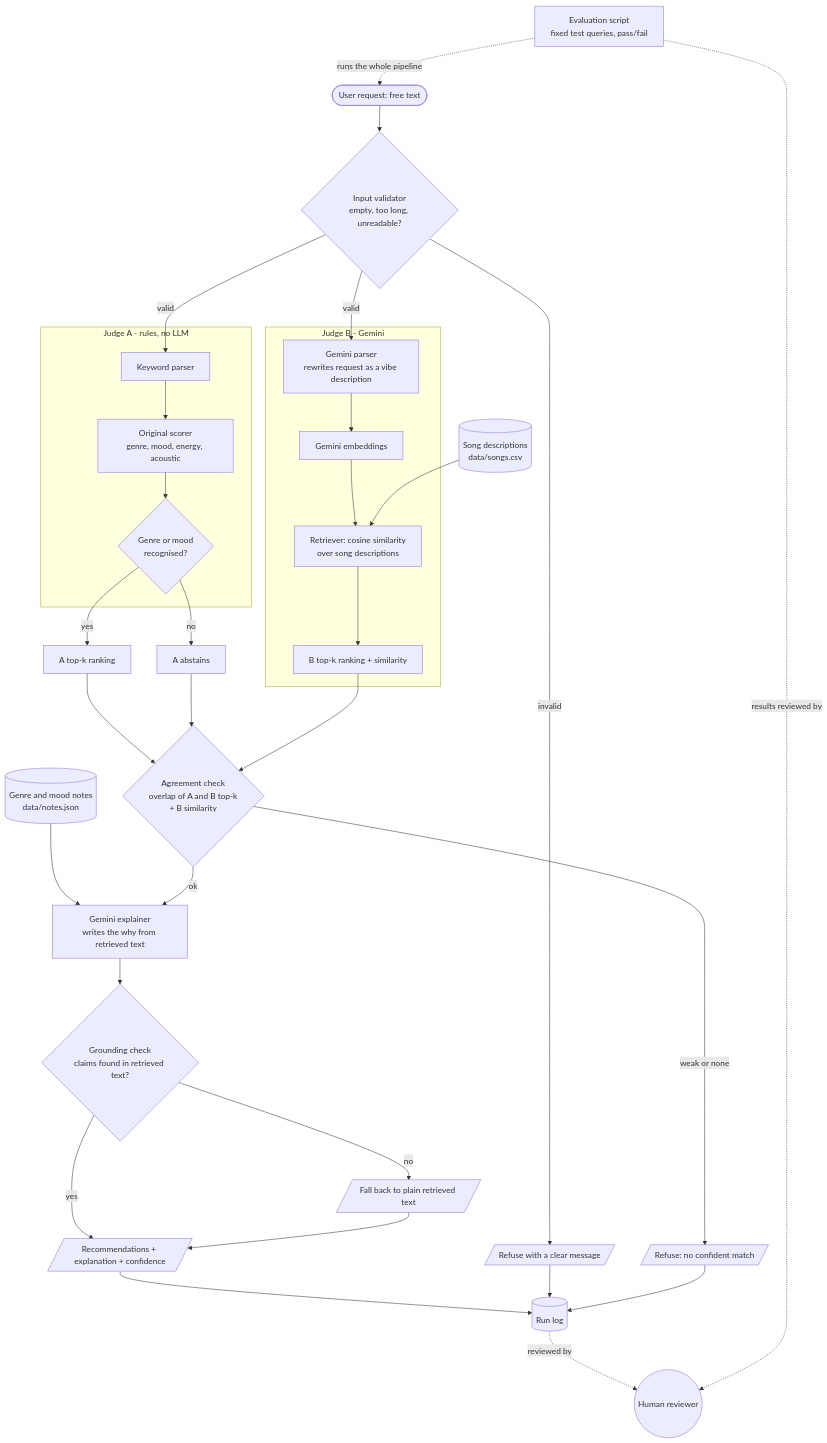
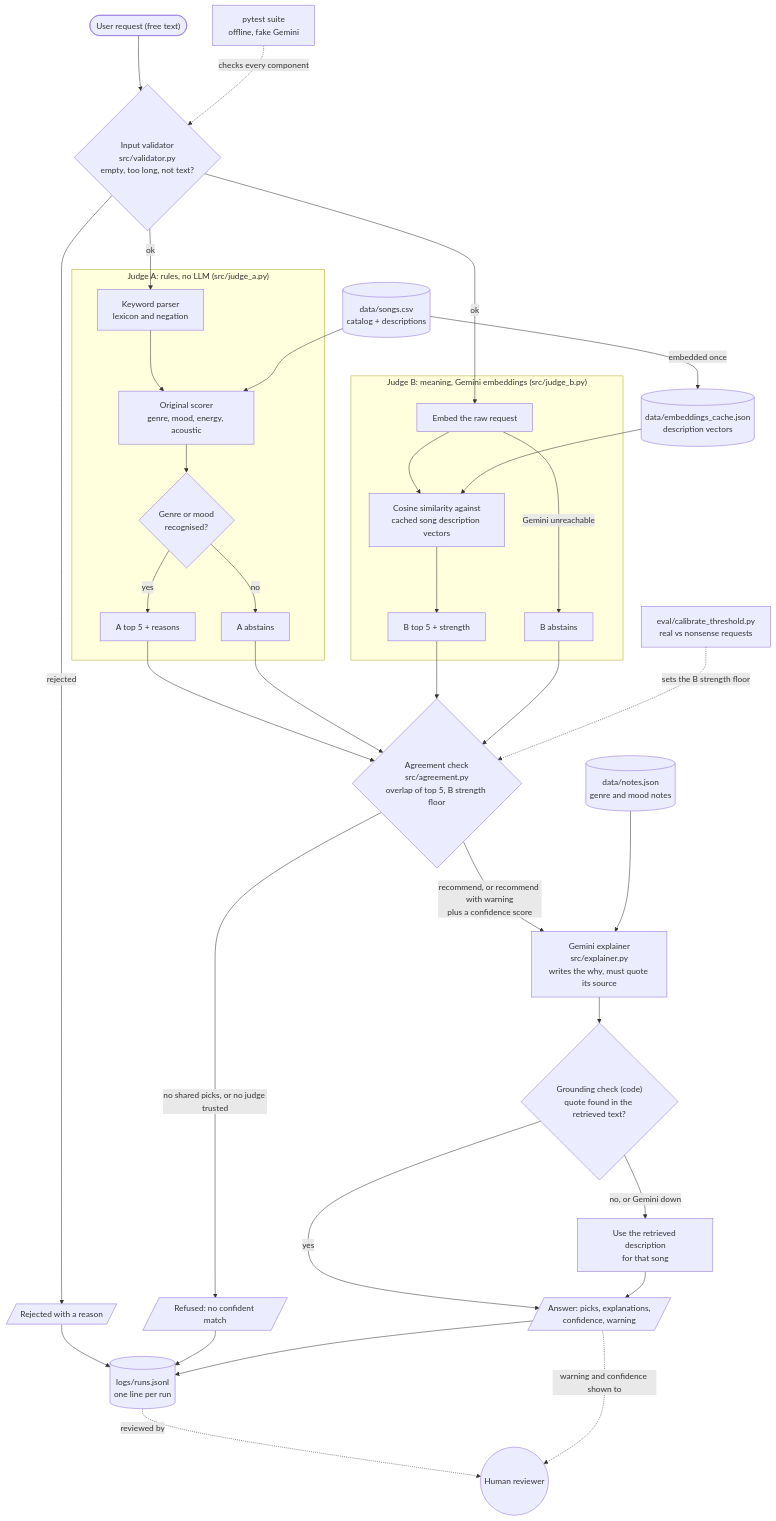
One commit to AnishBashyal/applied-ai-system-final changed the diagram in diagrams/architecture.mmd. Above: the diagram before and after it, drawn with Mermaid.

Commit message:
Update architecture diagram to match the implemented pipeline
Judge B embeds the raw request (no parser step), agreement rules and the per-song grounding fallback are shown as built, and the calibration script and test suite are included.

```diff
--- a/diagrams/architecture.mmd
+++ b/diagrams/architecture.mmd
@@ -1,39 +1,45 @@
 flowchart TD
-    U([User request: free text]) --> V{Input validator<br/>empty, too long, unreadable?}
-    V -- invalid --> R1[/Refuse with a clear message/]
-    V -- valid --> KP
-    V -- valid --> GP
+    U(["User request (free text)"]) --> V{"Input validator<br/>src/validator.py<br/>empty, too long, not text?"}
+    V -- rejected --> REJ[/"Rejected with a reason"/]
+    V -- ok --> KP
+    V -- ok --> EMB
 
-    subgraph JA [Judge A - rules, no LLM]
-        KP[Keyword parser] --> SC[Original scorer<br/>genre, mood, energy, acoustic]
-        SC --> AB{Genre or mood<br/>recognised?}
-    end
-    AB -- no --> ABS[A abstains]
-    AB -- yes --> RA[A top-k ranking]
-
-    subgraph JB [Judge B - Gemini]
-        GP[Gemini parser<br/>rewrites request as a vibe description] --> EM[Gemini embeddings]
-        EM --> RT[Retriever: cosine similarity<br/>over song descriptions]
-        RT --> RB[B top-k ranking + similarity]
+    subgraph JA ["Judge A: rules, no LLM (src/judge_a.py)"]
+        KP["Keyword parser<br/>lexicon and negation"] --> SC["Original scorer<br/>genre, mood, energy, acoustic"]
+        SC --> AQ{"Genre or mood<br/>recognised?"}
+        AQ -- no --> AABS["A abstains"]
+        AQ -- yes --> ARANK["A top 5 + reasons"]
     end
 
-    KB[(Song descriptions<br/>data/songs.csv)] --> RT
-    NT[(Genre and mood notes<br/>data/notes.json)] --> EX
+    subgraph JB ["Judge B: meaning, Gemini embeddings (src/judge_b.py)"]
+        EMB["Embed the raw request"] --> SIM["Cosine similarity against<br/>cached song description vectors"]
+        EMB -- "Gemini unreachable" --> BABS["B abstains"]
+        SIM --> BRANK["B top 5 + strength"]
+    end
 
-    RA --> AG
-    ABS --> AG
-    RB --> AG
-    AG{Agreement check<br/>overlap of A and B top-k<br/>+ B similarity} -- weak or none --> R2[/Refuse: no confident match/]
-    AG -- ok --> EX[Gemini explainer<br/>writes the why from retrieved text]
-    EX --> GC{Grounding check<br/>claims found in retrieved text?}
-    GC -- no --> R3[/Fall back to plain retrieved text/]
-    GC -- yes --> OUT[/Recommendations + explanation + confidence/]
-    R3 --> OUT
+    CSV[("data/songs.csv<br/>catalog + descriptions")] --> SC
+    CSV -- "embedded once" --> IDX[("data/embeddings_cache.json<br/>description vectors")]
+    IDX --> SIM
 
-    OUT --> LOG[(Run log)]
-    R1 --> LOG
-    R2 --> LOG
+    ARANK --> AG
+    AABS --> AG
+    BRANK --> AG
+    BABS --> AG
+    AG{"Agreement check<br/>src/agreement.py<br/>overlap of top 5, B strength floor"}
+    AG -- "no shared picks, or no judge trusted" --> REF[/"Refused: no confident match"/]
+    AG -- "recommend, or recommend with warning<br/>plus a confidence score" --> EXP
 
-    EV[Evaluation script<br/>fixed test queries, pass/fail] -. runs the whole pipeline .-> U
-    LOG -. reviewed by .-> H((Human reviewer))
-    EV -. results reviewed by .-> H
+    NOTES[("data/notes.json<br/>genre and mood notes")] --> EXP
+    EXP["Gemini explainer<br/>src/explainer.py<br/>writes the why, must quote its source"] --> GC{"Grounding check (code)<br/>quote found in the retrieved text?"}
+    GC -- yes --> ANS
+    GC -- "no, or Gemini down" --> FB["Use the retrieved description<br/>for that song"] --> ANS
+    ANS[/"Answer: picks, explanations,<br/>confidence, warning"/]
+
+    REJ --> LOG[("logs/runs.jsonl<br/>one line per run")]
+    REF --> LOG
+    ANS --> LOG
+
+    CAL["eval/calibrate_threshold.py<br/>real vs nonsense requests"] -. "sets the B strength floor" .-> AG
+    TESTS["pytest suite<br/>offline, fake Gemini"] -. "checks every component" .-> V
+    LOG -. "reviewed by" .-> H((Human reviewer))
+    ANS -. "warning and confidence shown to" .-> H
```
